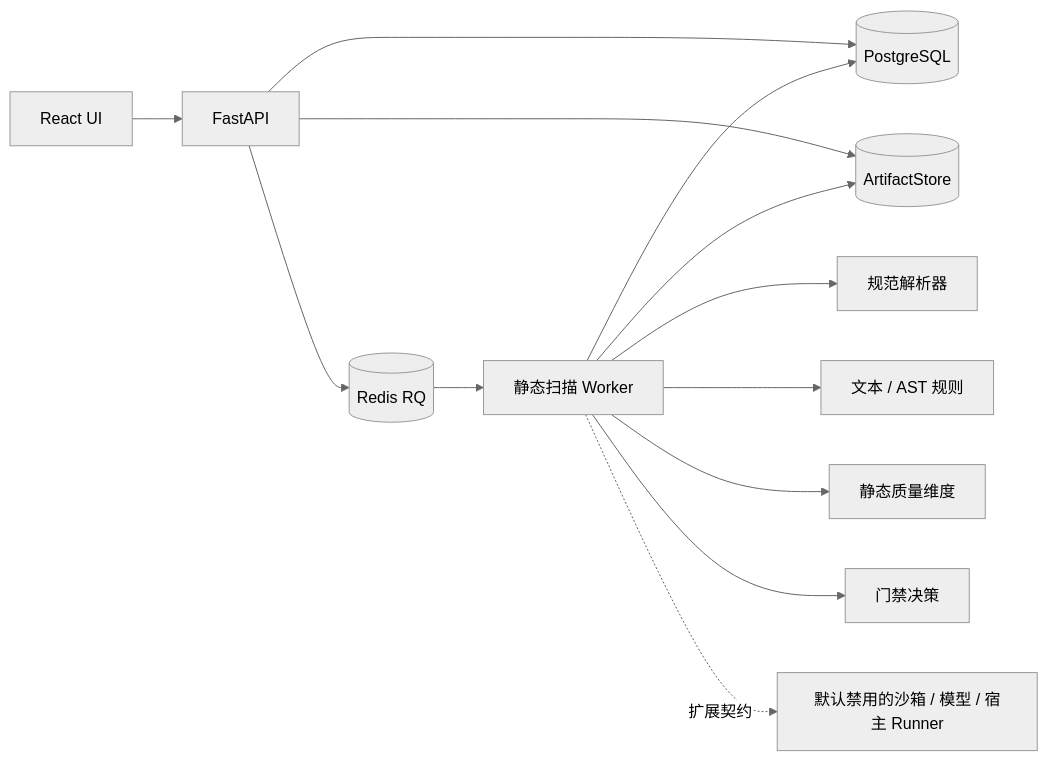
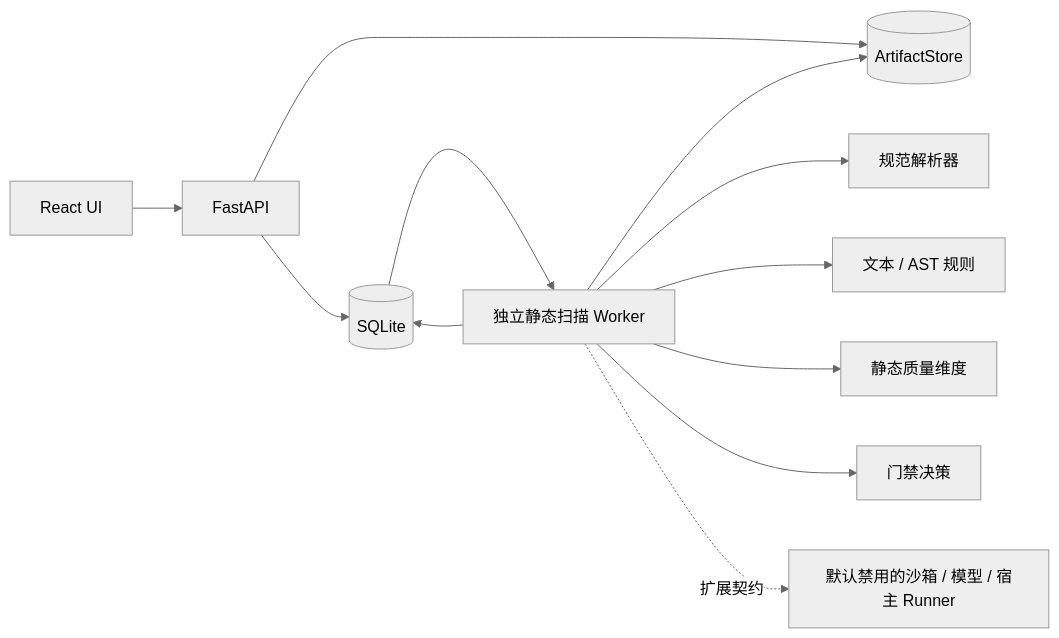
The diagram in docs/ARCHITECTURE.md (akko624/agentforge-nightwatch), drawn with Mermaid (neutral theme) before and after one commit. The commit also changed other lines of this file and 31 other files, not shown here.

````diff
--- a/docs/ARCHITECTURE.md
+++ b/docs/ARCHITECTURE.md
@@ -5,15 +5,14 @@
 ```mermaid
 flowchart LR
   UI[React UI] --> API[FastAPI]
-  API --> DB[(PostgreSQL)]
+  API --> DB[(SQLite)]
   API --> Objects[(ArtifactStore)]
-  API --> Queue[(Redis RQ)]
-  Queue --> Worker[静态扫描 Worker]
+  DB --> Worker[独立静态扫描 Worker]
   Worker --> Objects
   Worker --> DB
   Worker --> Parser[规范解析器]
   Worker --> Rules[文本 / AST 规则]
   Worker --> Quality[静态质量维度]
   Worker --> Gate[门禁决策]
   Worker -. 扩展契约 .-> Disabled[默认禁用的沙箱 / 模型 / 宿主 Runner]
 ```
````
